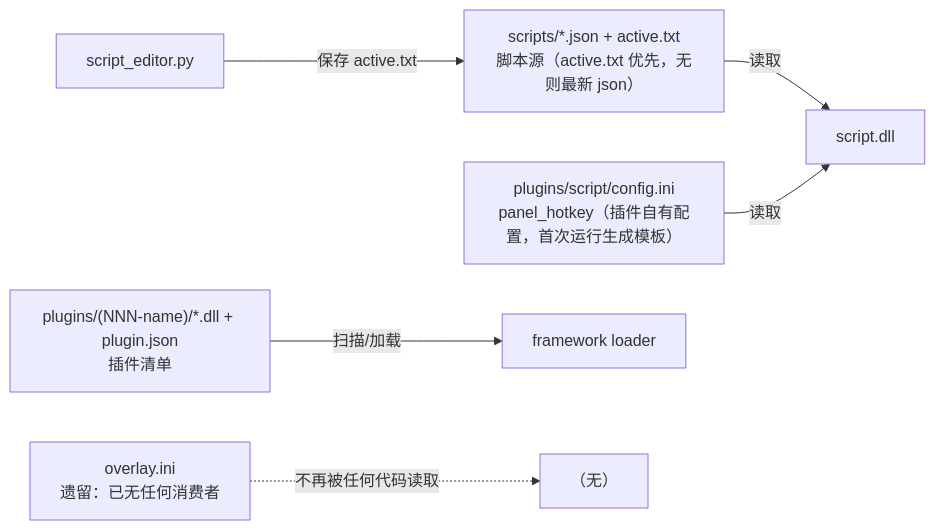
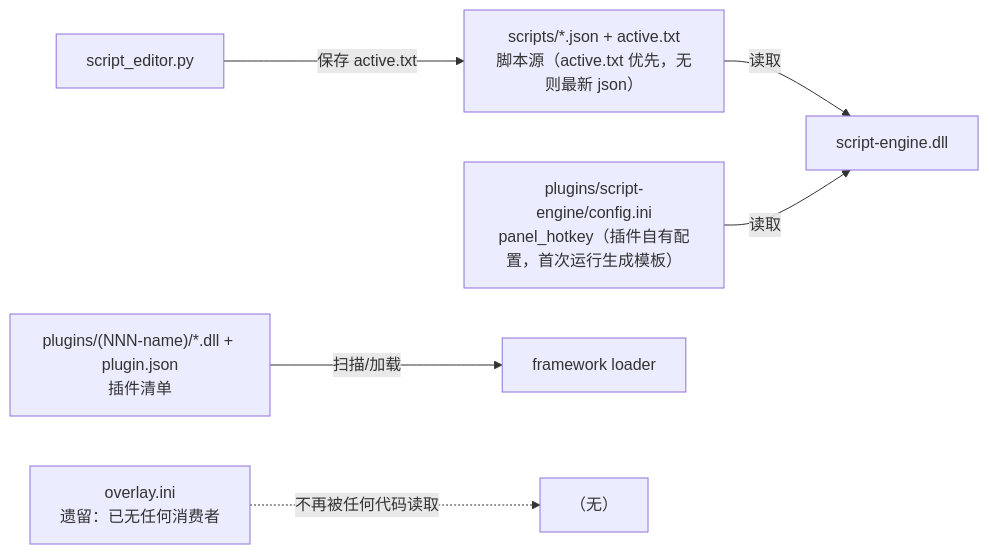
Before and after one commit to Qr1mln/PlusPlugin: the fifth of 5 diagrams in docs/架构图3.md, drawn with Mermaid. The commit also changed other lines of this file and 21 other files, not shown here.

First line of the commit message:
chore(plugin): script 插件重命名为 script-engine，同步构建脚本与文档

````diff
--- a/docs/架构图3.md
+++ b/docs/架构图3.md
@@ -107,8 +107,8 @@
 ```mermaid
 graph LR
-    SCRIPTS["scripts/*.json + active.txt<br/>脚本源（active.txt 优先，无则最新 json）"] -->|读取| SCRIPT_PLUGIN["script.dll"]
-    CFG["plugins/script/config.ini<br/>panel_hotkey（插件自有配置，首次运行生成模板）"] -->|读取| SCRIPT_PLUGIN
+    SCRIPTS["scripts/*.json + active.txt<br/>脚本源（active.txt 优先，无则最新 json）"] -->|读取| SCRIPT_PLUGIN["script-engine.dll"]
+    CFG["plugins/script-engine/config.ini<br/>panel_hotkey（插件自有配置，首次运行生成模板）"] -->|读取| SCRIPT_PLUGIN
     PLGDIR["plugins/(NNN-name)/*.dll + plugin.json<br/>插件清单"] -->|扫描/加载| FRAME["framework loader"]
     LEGACY["overlay.ini<br/>遗留：已无任何消费者"] -.->|不再被任何代码读取| NONE["（无）"]
     EDITOR["script_editor.py"] -->|保存 active.txt| SCRIPTS
 ```
````
